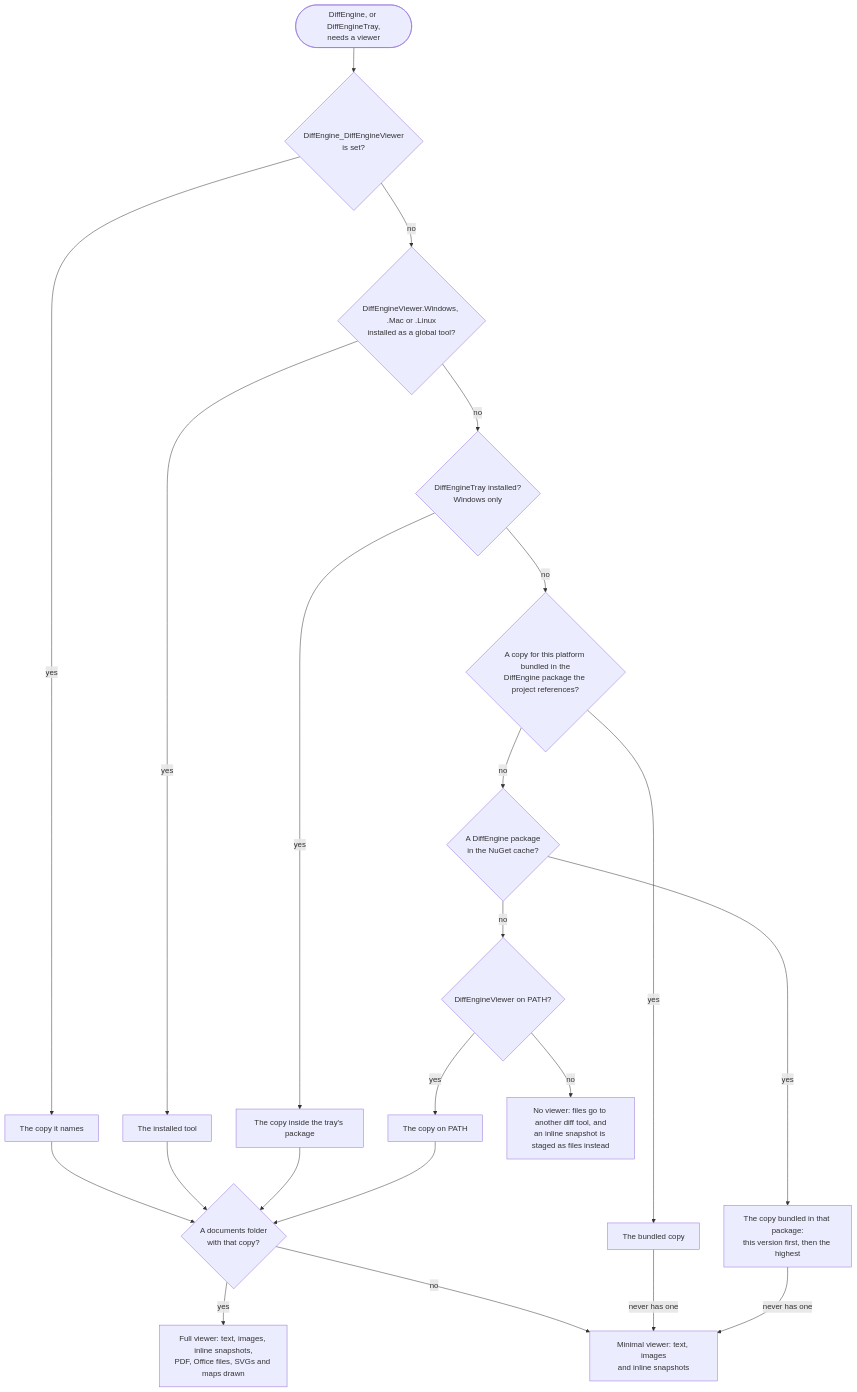
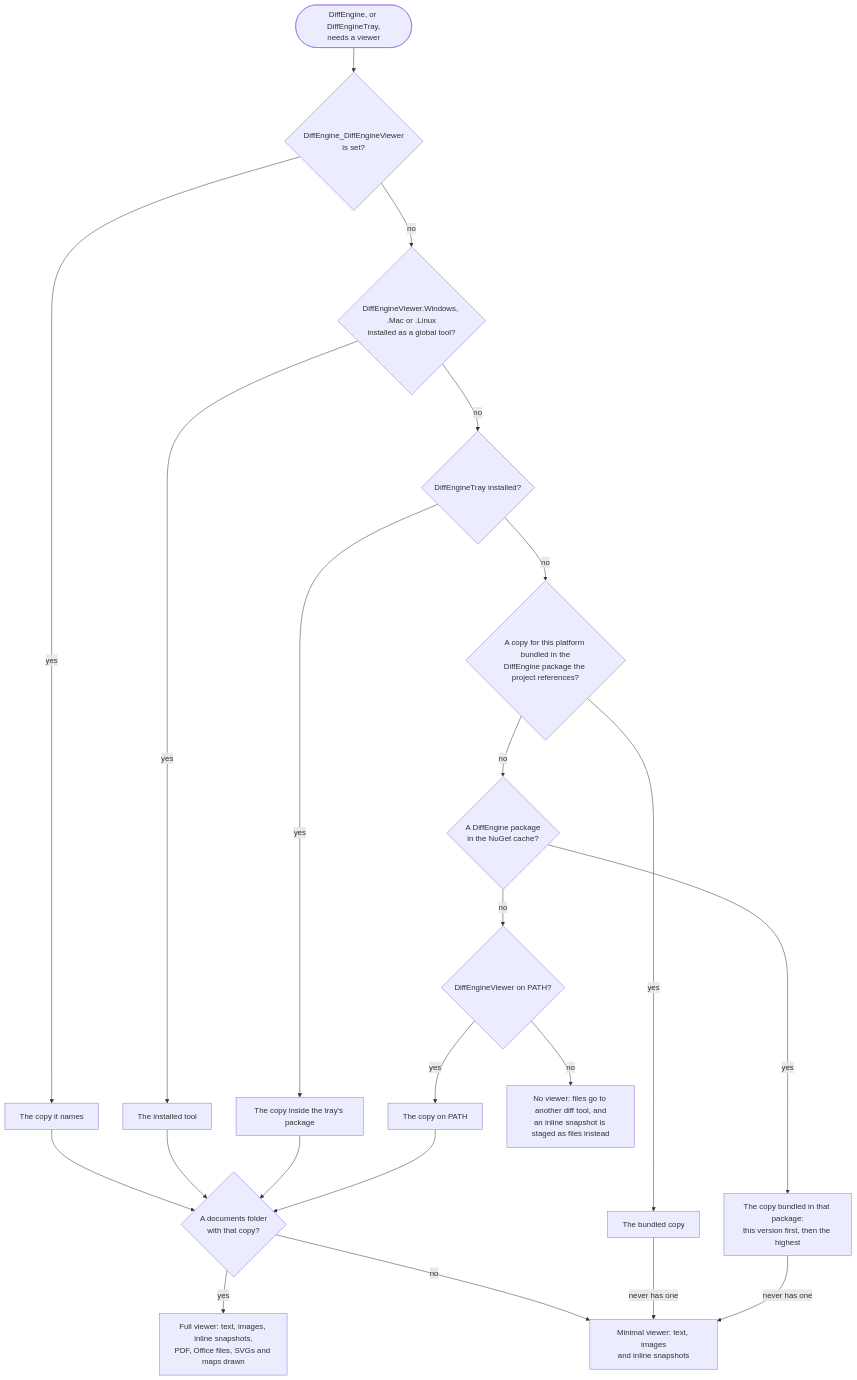
Before and after one commit to VerifyTests/DiffEngine: the diagram in docs/mdsource/viewer.source.md, drawn with Mermaid. The commit also changed other lines of this file and 3 other files, not shown here.

````diff
--- a/docs/mdsource/viewer.source.md
+++ b/docs/mdsource/viewer.source.md
@@ -39,25 +39,25 @@
 ```mermaid
 flowchart TD
     Need(["DiffEngine, or DiffEngineTray,<br/>needs a viewer"]) --> Override{"DiffEngine_DiffEngineViewer<br/>is set?"}
     Override -->|yes| Named["The copy it names"]
     Override -->|no| Tool{"DiffEngineViewer.Windows, .Mac or .Linux<br/>installed as a global tool?"}
     Tool -->|yes| Installed["The installed tool"]
-    Tool -->|no| Tray{"DiffEngineTray installed?<br/>Windows only"}
+    Tool -->|no| Tray{"DiffEngineTray installed?"}
     Tray -->|yes| Beside["The copy inside the tray's package"]
     Tray -->|no| Bundled{"A copy for this platform bundled in the<br/>DiffEngine package the project references?"}
     Bundled -->|yes| Package["The bundled copy"]
     Bundled -->|no| Cache{"A DiffEngine package<br/>in the NuGet cache?"}
     Cache -->|yes| Cached["The copy bundled in that package:<br/>this version first, then the highest"]
     Cache -->|no| OnPath{"DiffEngineViewer on PATH?"}
     OnPath -->|yes| Found["The copy on PATH"]
     OnPath -->|no| None["No viewer: files go to another diff tool, and<br/>an inline snapshot is staged as files instead"]
 
     Named --> Documents{"A documents folder<br/>with that copy?"}
     Installed --> Documents
     Beside --> Documents
     Found --> Documents
     Documents -->|yes| Full["Full viewer: text, images, inline snapshots,<br/>PDF, Office files, SVGs and maps drawn"]
     Documents -->|no| Minimal["Minimal viewer: text, images<br/>and inline snapshots"]
     Package -->|never has one| Minimal
     Cached -->|never has one| Minimal
 ```
````
